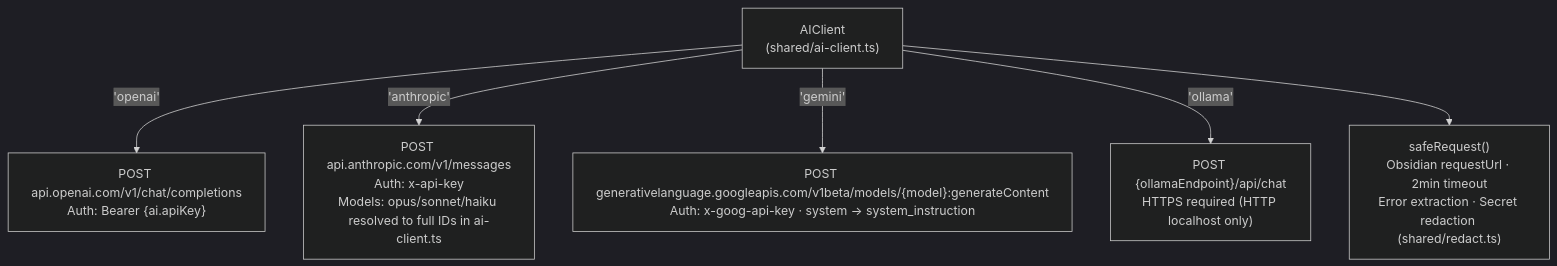
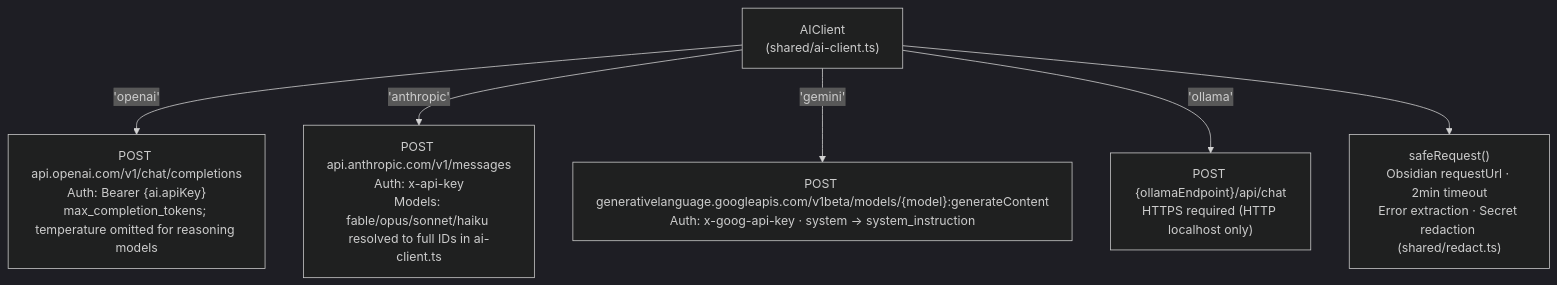
Before and after one commit to dustinkeeton/obsidian-synapse: diagram 12 of 12 in ARCHITECTURE.md, drawn with Mermaid (dark theme). The commit also changed other lines of this file and 21 other files, not shown here.

````diff
--- a/ARCHITECTURE.md
+++ b/ARCHITECTURE.md
@@ -901,11 +993,11 @@
 ```mermaid
 graph TB
     AIC["AIClient<br/>(shared/ai-client.ts)"]
 
-    AIC -->|"'openai'"| OAI["POST api.openai.com/v1/chat/completions<br/>Auth: Bearer {ai.apiKey}"]
-    AIC -->|"'anthropic'"| ANT["POST api.anthropic.com/v1/messages<br/>Auth: x-api-key<br/>Models: opus/sonnet/haiku resolved to full IDs in ai-client.ts"]
+    AIC -->|"'openai'"| OAI["POST api.openai.com/v1/chat/completions<br/>Auth: Bearer {ai.apiKey}<br/>max_completion_tokens; temperature omitted for reasoning models"]
+    AIC -->|"'anthropic'"| ANT["POST api.anthropic.com/v1/messages<br/>Auth: x-api-key<br/>Models: fable/opus/sonnet/haiku resolved to full IDs in ai-client.ts"]
     AIC -->|"'gemini'"| GEM["POST generativelanguage.googleapis.com/v1beta/models/{model}:generateContent<br/>Auth: x-goog-api-key · system -> system_instruction"]
     AIC -->|"'ollama'"| OLL["POST {ollamaEndpoint}/api/chat<br/>HTTPS required (HTTP localhost only)"]
 
     AIC --> Safe["safeRequest()<br/>Obsidian requestUrl · 2min timeout<br/>Error extraction · Secret redaction (shared/redact.ts)"]
 ```
````
